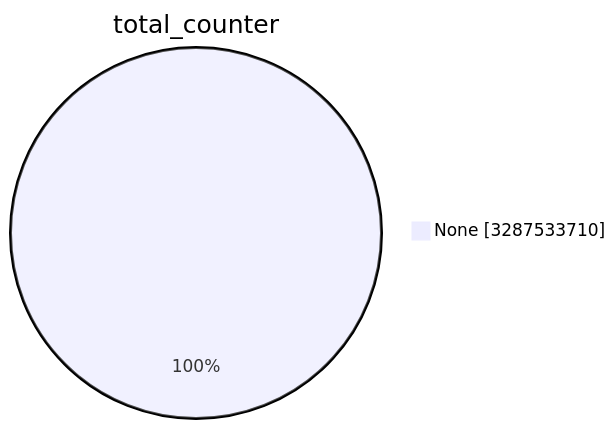
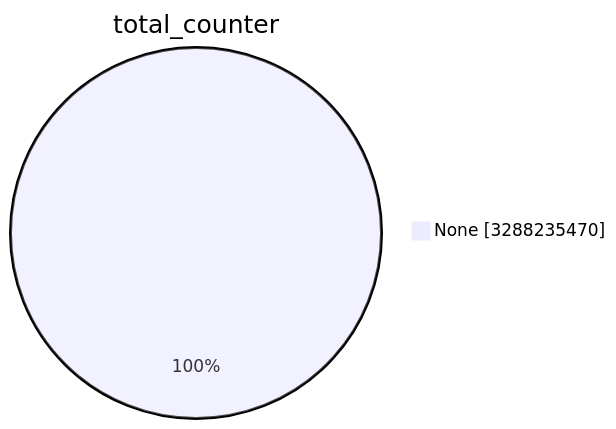
One commit to christiankrug/ctmonitor_visualization changed the first of 15 diagrams in TOTAL/README.md. Above: the diagram before and after it, drawn with Mermaid. The commit also changed other lines of this file, not shown here.

````diff
--- a/TOTAL/README.md
+++ b/TOTAL/README.md
@@ -1,5 +1,5 @@
 ```mermaid
 pie showData
 title total_counter
-"None" :3287533710
+"None" :3288235470
 ```
````
